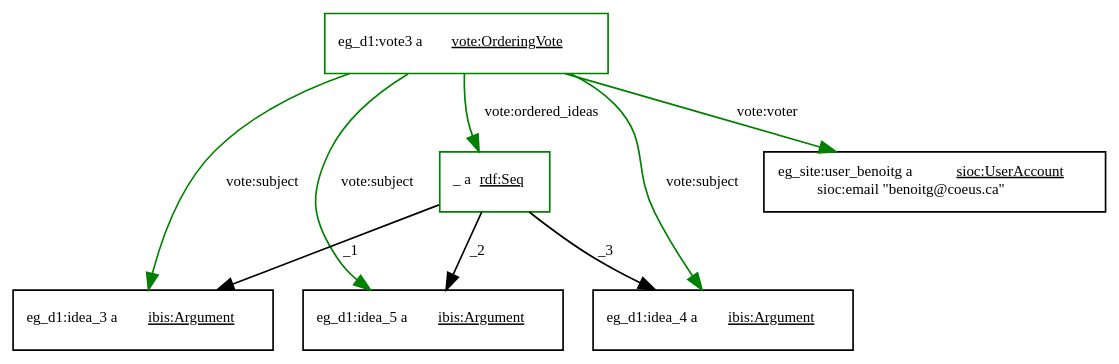
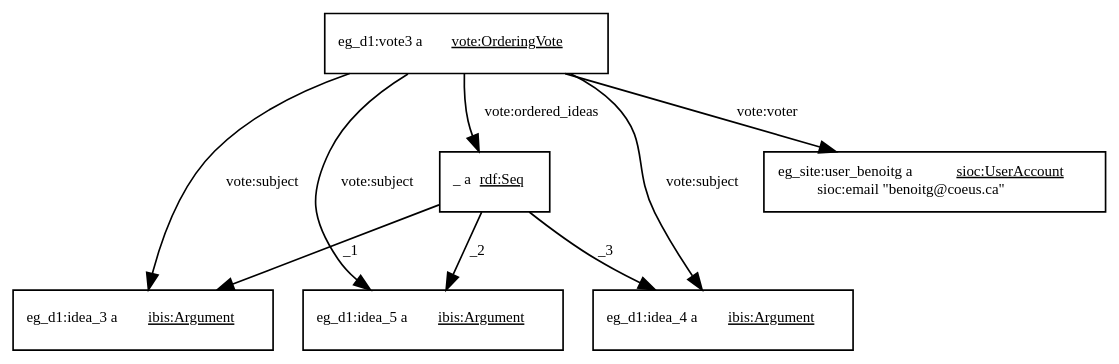
Before and after one commit to catalyst-fp7/documents: diagram 15 of 16 in interoperability/interoperability.md, drawn with Graphviz. The commit also changed other lines of this file, not shown here.

Commit message:
some diagram changes

````diff
--- a/interoperability/interoperability.md
+++ b/interoperability/interoperability.md
@@ -706,26 +735,26 @@
-```graphviz
+```graphviz 0.35
 digraph g {
     graph [bgcolor="transparent", rankdir="TB", compound="true"];
     node [fillcolor=white, style=filled,  shape=record, fontsize=9];
     edge [fontsize=9];
     idea3 [label=<eg_d1:idea_3 a <U>ibis:Argument</U>>];
     idea4 [label=<eg_d1:idea_4 a <U>ibis:Argument</U>>];
     idea5 [label=<eg_d1:idea_5 a <U>ibis:Argument</U>>];
     user2 [label=<<table border='0' cellborder='0' cellpadding='0' cellspacing='0'>
         <tr><td>eg_site:user_benoitg a <U>sioc:UserAccount</U></td></tr>
         <tr><td>sioc:email "benoitg@coeus.ca"</td></tr>
         </table>>];
     vote3 [label=<<table border='0' cellborder='0' cellpadding='0' cellspacing='0'>
         <tr><td>eg_d1:vote3 a <U>vote:OrderingVote</U></td></tr>
-    </table>>, color="green"];
-    vote3->idea3 [label="vote:subject", color="green"];
-    vote3->idea4 [label="vote:subject", color="green"];
-    vote3->idea5 [label="vote:subject", color="green"];
-    vote3->user2 [label="vote:voter", color="green"];
-    vote_seq1 [label=<_ a <U>rdf:Seq</U>>, color="green"];
-    vote3->vote_seq1 [label="vote:ordered_ideas", color="green"];
+    </table>>];
+    vote3->idea3 [label="vote:subject"];
+    vote3->idea4 [label="vote:subject"];
+    vote3->idea5 [label="vote:subject"];
+    vote3->user2 [label="vote:voter"];
+    vote_seq1 [label=<_ a <U>rdf:Seq</U>>];
+    vote3->vote_seq1 [label="vote:ordered_ideas"];
     vote_seq1->idea3 [label="_1"];
     vote_seq1->idea5 [label="_2"];
     vote_seq1->idea4 [label="_3"];
 }
 ```
````
